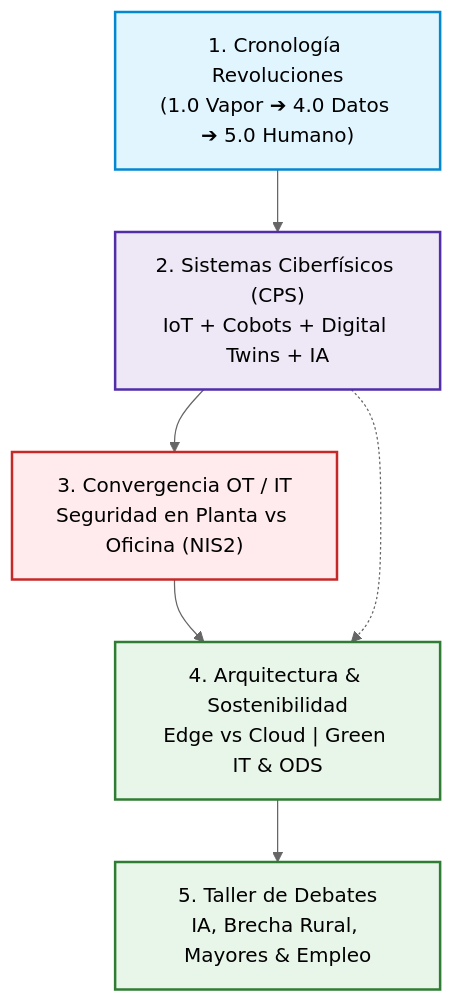
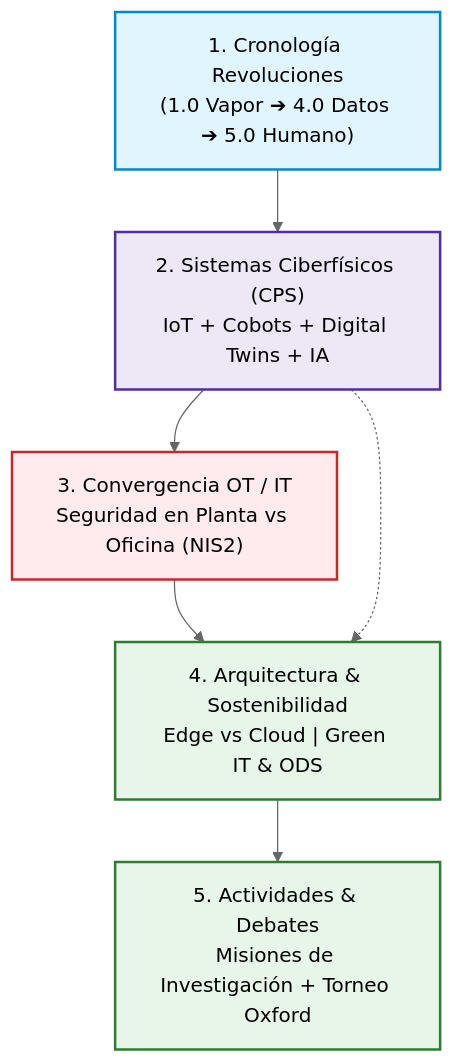
Before and after one commit to jssdocente/dasp2627d: the diagram in docs/temas/01-digitalizacion/index.md, drawn with Mermaid (neutral theme). The commit also changed other lines of this file and 3 other files, not shown here.

First line of the commit message:
docs(tema 1): transformar sección 1.5 en página de actividades, retos y debates Oxford

````diff
--- a/docs/temas/01-digitalizacion/index.md
+++ b/docs/temas/01-digitalizacion/index.md
@@ -13,19 +13,19 @@
 ```mermaid
 graph TD
     classDef rev fill:#e1f5fe,stroke:#0288d1,stroke-width:2px;
     classDef tech fill:#ede7f6,stroke:#512da8,stroke-width:2px;
     classDef sec fill:#ffebee,stroke:#c62828,stroke-width:2px;
     classDef imp fill:#e8f5e9,stroke:#2e7d32,stroke-width:2px;
 
     RevInd["1. Cronología Revoluciones<br/>(1.0 Vapor ➔ 4.0 Datos ➔ 5.0 Humano)"]:::rev
     CPS["2. Sistemas Ciberfísicos (CPS)<br/>IoT + Cobots + Digital Twins + IA"]:::tech
     Conv["3. Convergencia OT / IT<br/>Seguridad en Planta vs Oficina (NIS2)"]:::sec
     Arch["4. Arquitectura & Sostenibilidad<br/>Edge vs Cloud | Green IT & ODS"]:::imp
-    Debates["5. Taller de Debates<br/>IA, Brecha Rural, Mayores & Empleo"]:::imp
+    Debates["5. Actividades & Debates<br/>Misiones de Investigación + Torneo Oxford"]:::imp
 
     RevInd --> CPS
     CPS --> Conv
     Conv --> Arch
     Arch --> Debates
     CPS -.-> Arch
 ```
````
